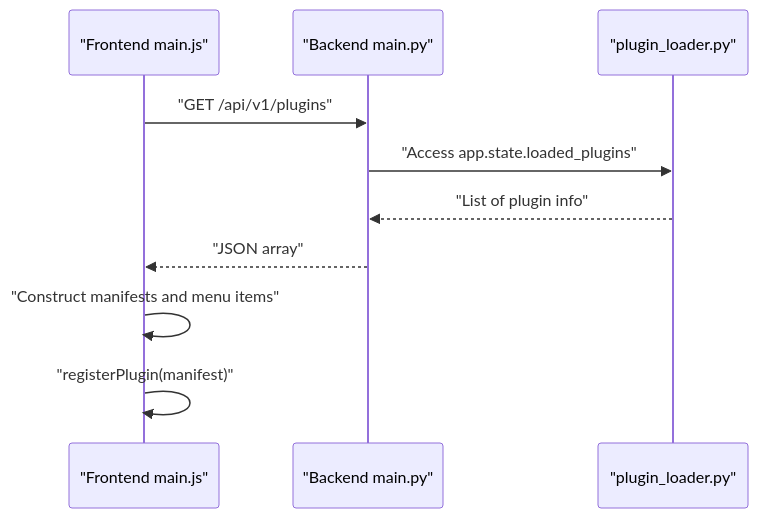
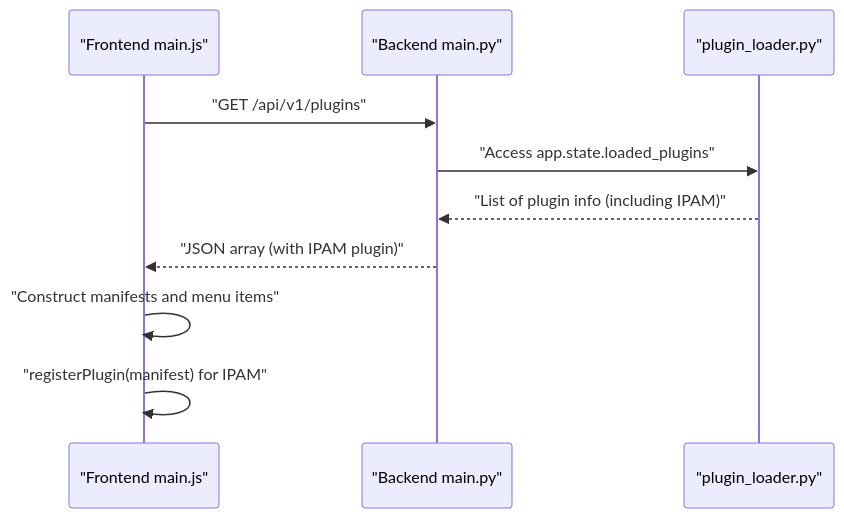
The ninth of 10 diagrams in .qoder/repowiki/en/content/Plugin System Architecture/Frontend Plugin Integration.md (Nikita5543/New-SSO-02), drawn with Mermaid before and after one commit. The commit also changed other lines of this file and 3 other files, not shown here.

````diff
--- a/.qoder/repowiki/en/content/Plugin System Architecture/Frontend Plugin Integration.md
+++ b/.qoder/repowiki/en/content/Plugin System Architecture/Frontend Plugin Integration.md
@@ -327,12 +366,12 @@
 ```mermaid
 sequenceDiagram
 participant FE as "Frontend main.js"
 participant BE as "Backend main.py"
 participant PL as "plugin_loader.py"
 FE->>BE : "GET /api/v1/plugins"
 BE->>PL : "Access app.state.loaded_plugins"
-PL-->>BE : "List of plugin info"
-BE-->>FE : "JSON array"
+PL-->>BE : "List of plugin info (including IPAM)"
+BE-->>FE : "JSON array (with IPAM plugin)"
 FE->>FE : "Construct manifests and menu items"
-FE->>FE : "registerPlugin(manifest)"
+FE->>FE : "registerPlugin(manifest) for IPAM"
 ```
````
